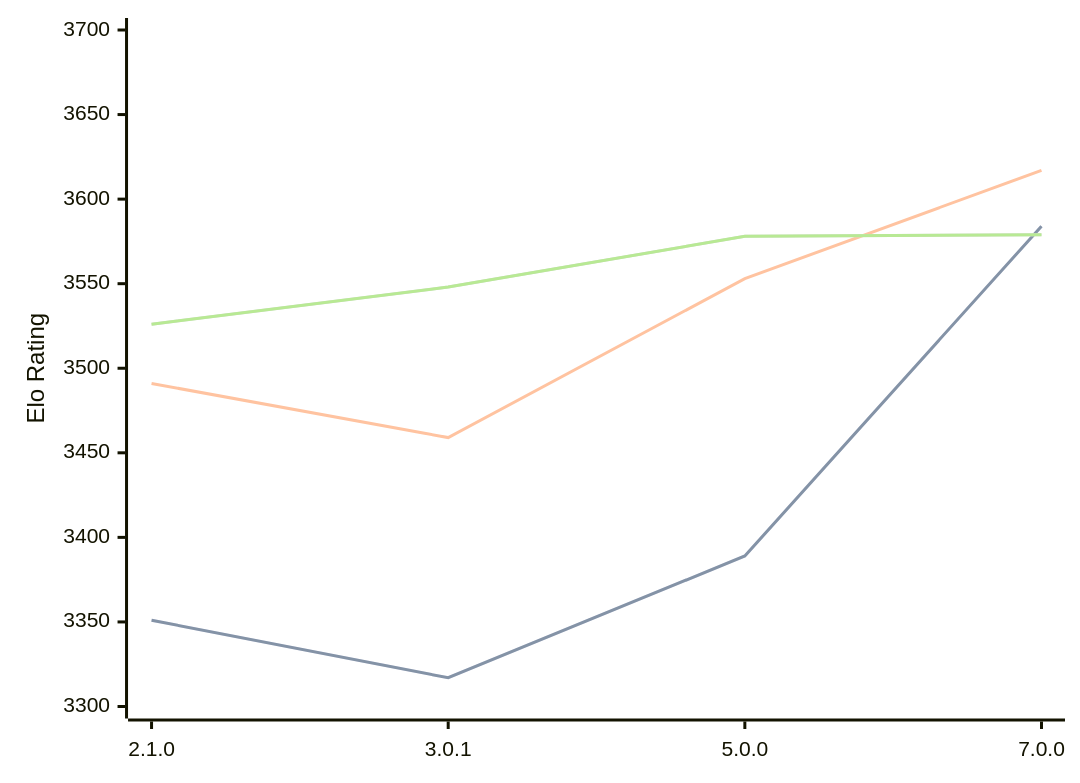
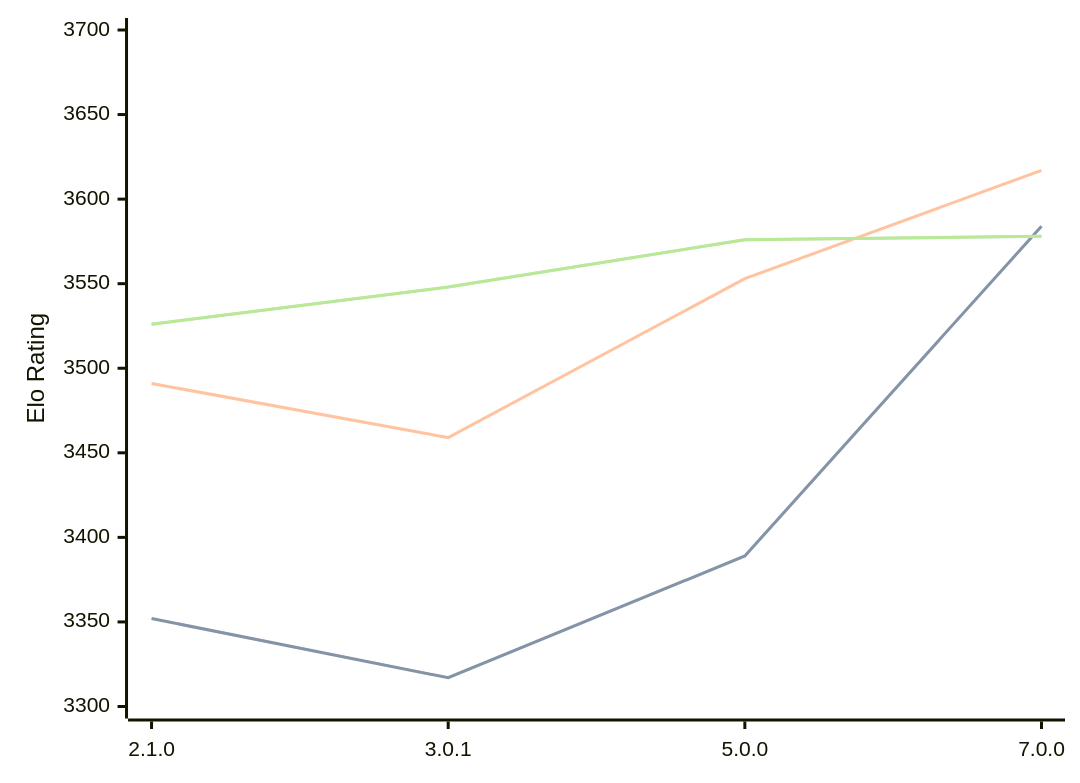
The diagram in engines/PlentyChess.md (computer-chess-index/cci), drawn with Mermaid before and after one commit. The commit also changed other lines of this file, not shown here.

Commit message:
Update CCI Ratings (ELO VLTC) - 2026-03-26

````diff
--- a/engines/PlentyChess.md
+++ b/engines/PlentyChess.md
@@ -45,11 +45,11 @@
 ```mermaid
 %%{init: {"theme":"base","themeVariables":{"seriesColors:['#a3a3a3','#222221','#faa371']}}}%%
 xychart-beta
   x-axis ["2.1.0", "3.0.1", "5.0.0", "7.0.0"]
   y-axis "Elo Rating" 3300 --> 3700
-  line "STC (8.0+0.08s)" [3351, 3317, 3389, 3584]
-  line "STC (8.0+0.08s)" [3351, 3317, 3389, 3584]
+  line "STC (8.0+0.08s)" [3352, 3317, 3389, 3584]
+  line "STC (8.0+0.08s)" [3352, 3317, 3389, 3584]
   line "LTC (60.0+0.60s)" [3491, 3459, 3553, 3617]
-  line "VLTC (2m24s+1.12s)" [3526, 3548, 3578, 3579]
-  line "VLTC (2m24s+1.12s)" [3526, 3548, 3578, 3579]
+  line "VLTC (2m24s+1.12s)" [3526, 3548, 3576, 3578]
+  line "VLTC (2m24s+1.12s)" [3526, 3548, 3576, 3578]
 ```
````
